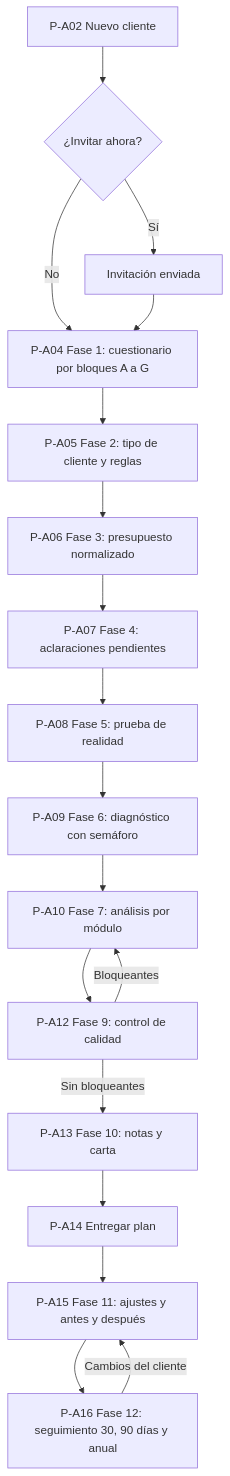
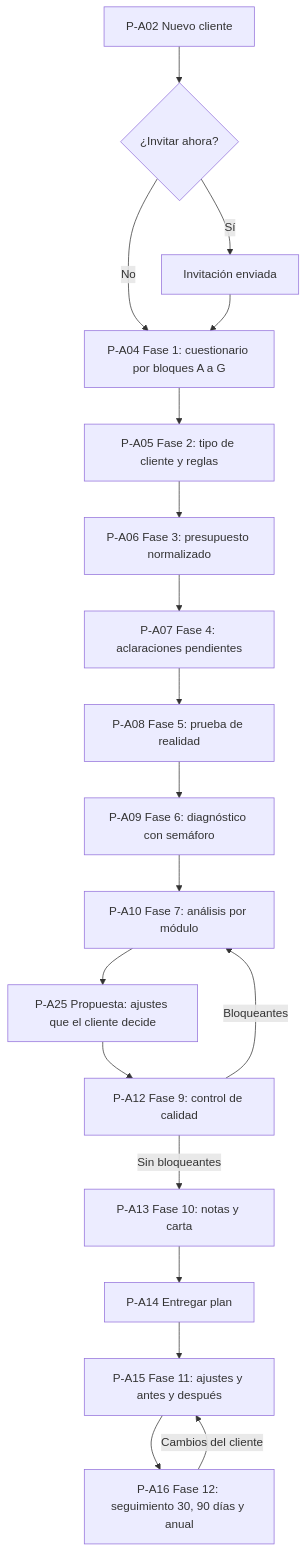
One commit to IngRetrius/mi-luca changed the first of 2 diagrams in docs/05-pantallas-y-flujos.md. Above: the diagram before and after it, drawn with Mermaid. The commit also changed other lines of this file and 34 other files, not shown here.

````diff
--- a/docs/05-pantallas-y-flujos.md
+++ b/docs/05-pantallas-y-flujos.md
@@ -37,20 +37,21 @@
 ```mermaid
 flowchart TD
   A1[P-A02 Nuevo cliente] --> A2{¿Invitar ahora?}
   A2 -->|Sí| A3[Invitación enviada]
   A2 -->|No| A4
   A3 --> A4[P-A04 Fase 1: cuestionario por bloques A a G]
   A4 --> A5[P-A05 Fase 2: tipo de cliente y reglas]
   A5 --> A6[P-A06 Fase 3: presupuesto normalizado]
   A6 --> A7[P-A07 Fase 4: aclaraciones pendientes]
   A7 --> A8[P-A08 Fase 5: prueba de realidad]
   A8 --> A9[P-A09 Fase 6: diagnóstico con semáforo]
   A9 --> A10[P-A10 Fase 7: análisis por módulo]
-  A10 --> A11[P-A12 Fase 9: control de calidad]
+  A10 --> A10b[P-A25 Propuesta: ajustes que el cliente decide]
+  A10b --> A11[P-A12 Fase 9: control de calidad]
   A11 -->|Bloqueantes| A10
   A11 -->|Sin bloqueantes| A12[P-A13 Fase 10: notas y carta]
   A12 --> A13[P-A14 Entregar plan]
   A13 --> A14[P-A15 Fase 11: ajustes y antes y después]
   A14 --> A15[P-A16 Fase 12: seguimiento 30, 90 días y anual]
   A15 -->|Cambios del cliente| A14
 ```
````
